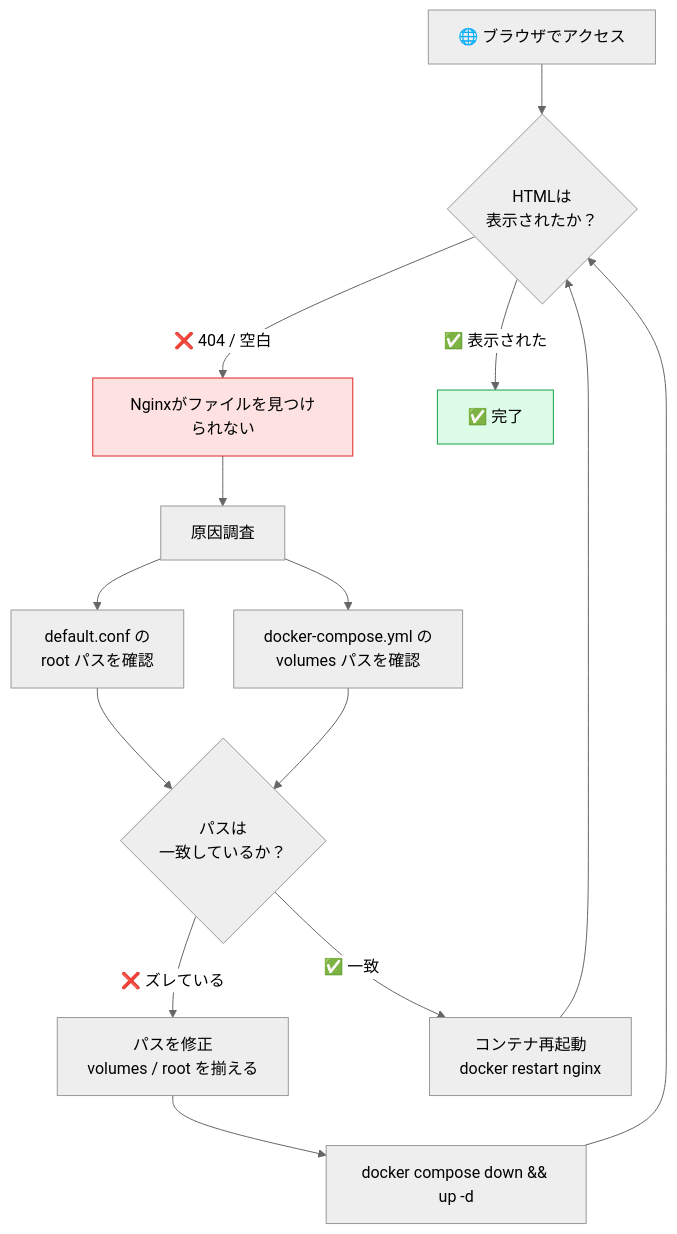
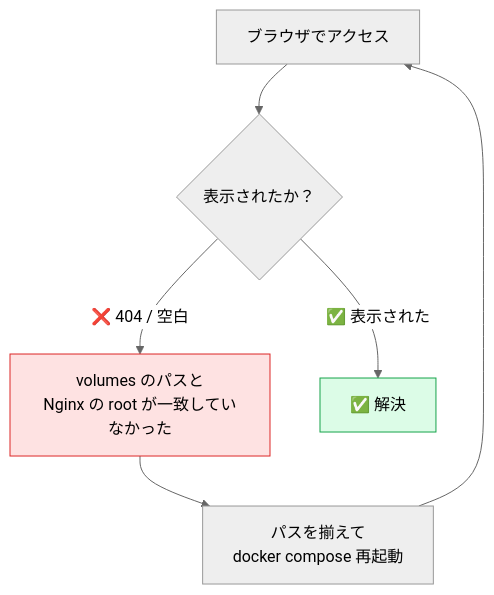
The third of 6 diagrams in DIAGRAMS.md (syo-go5530/nginx-docker-portfolio), drawn with Mermaid (neutral theme) before and after one commit. The commit also changed other lines of this file, not shown here.

````diff
--- a/DIAGRAMS.md
+++ b/DIAGRAMS.md
@@ -67,23 +46,12 @@
 ```mermaid
 flowchart TD
-    A["🌐 ブラウザでアクセス"] --> B{"HTMLは\n表示されたか？"}
-    B -->|"❌ 404 / 空白"| C["Nginxがファイルを見つけられない"]
-    B -->|"✅ 表示された"| Z["✅ 完了"]
+    A["ブラウザでアクセス"] --> B{"表示されたか？"}
+    B -->|"❌ 404 / 空白"| C["volumes のパスと\nNginx の root が一致していなかった"]
+    B -->|"✅ 表示された"| E["✅ 解決"]
 
-    C --> D["原因調査"]
-    D --> D1["default.conf の\nroot パスを確認"]
-    D --> D2["docker-compose.yml の\nvolumes パスを確認"]
-
-    D1 --> E{"パスは\n一致しているか？"}
-    D2 --> E
-
-    E -->|"❌ ズレている"| F["パスを修正\nvolumes / root を揃える"]
-    E -->|"✅ 一致"| G["コンテナ再起動\ndocker restart nginx"]
-
-    F --> H["docker compose down && up -d"]
-    H --> B
-    G --> B
+    C --> D["パスを揃えて\ndocker compose 再起動"]
+    D --> A
 
     style C fill:#fee2e2,stroke:#dc2626
-    style Z fill:#dcfce7,stroke:#16a34a
+    style E fill:#dcfce7,stroke:#16a34a
 ```
````
